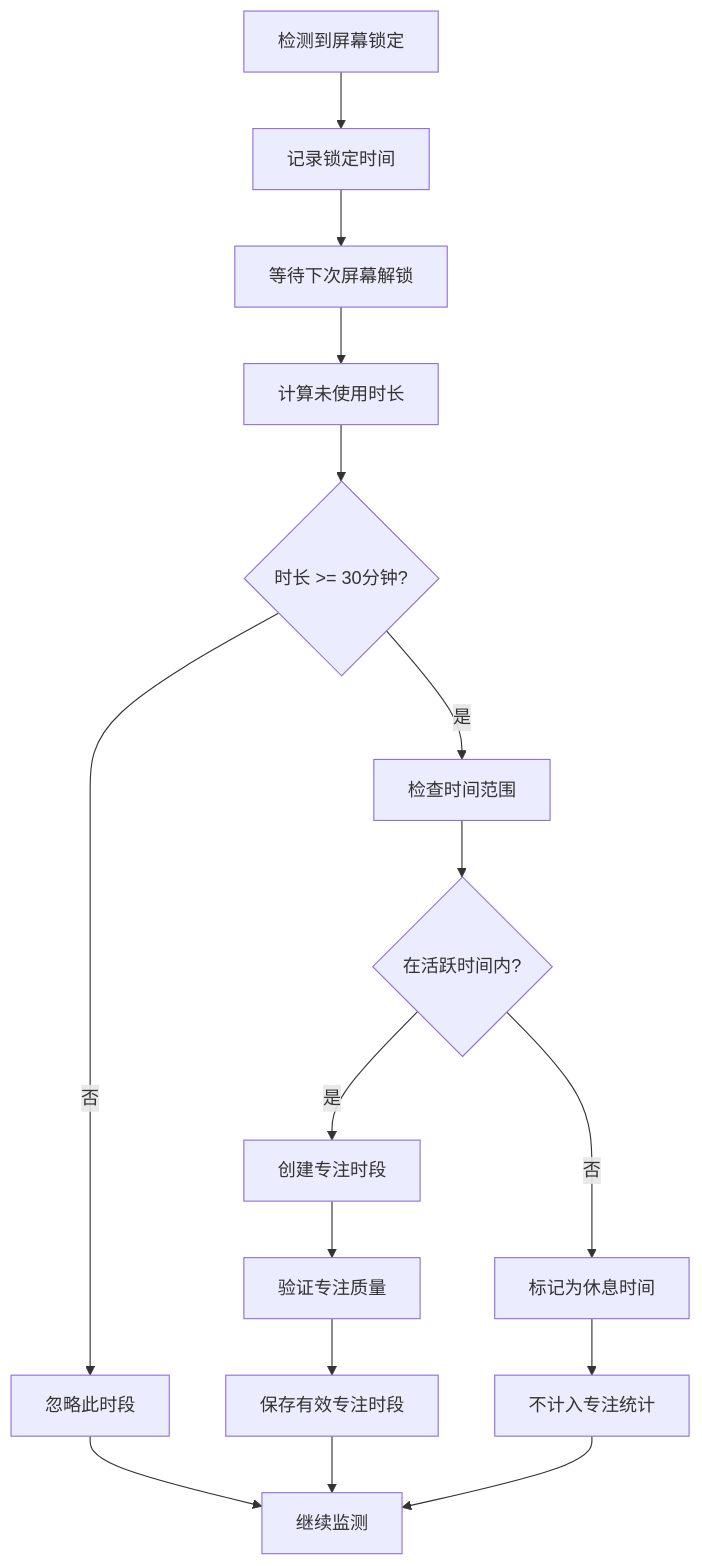
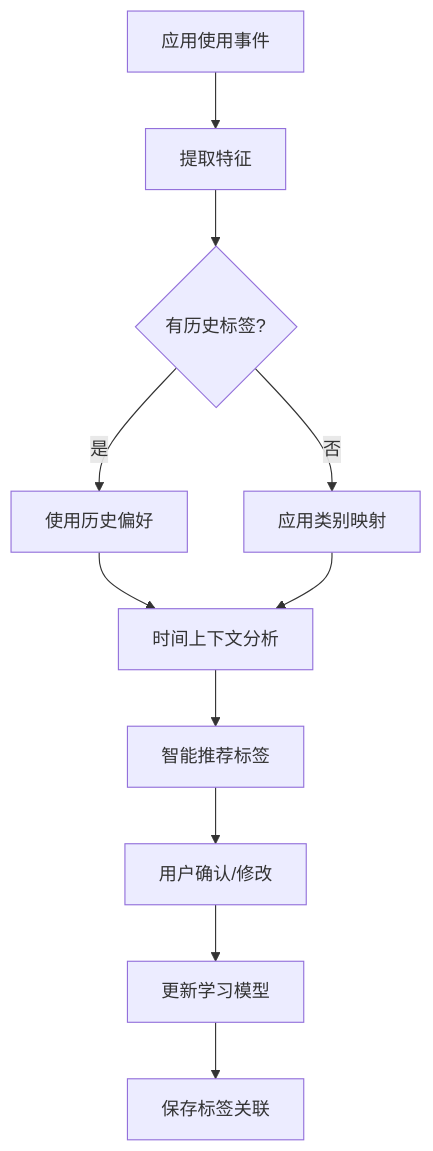
One commit to coppynight/attentionkiro changed the fourth of 4 diagrams in .kiro/specs/focus-tracker-app/design.md. Above: the diagram before and after it, drawn with Mermaid. The commit also changed other lines of this file and 23 other files, not shown here.

````diff
--- a/.kiro/specs/focus-tracker-app/design.md
+++ b/.kiro/specs/focus-tracker-app/design.md
@@ -335,18 +661,13 @@
 ```mermaid
 flowchart TD
-    A[检测到屏幕锁定] --> B[记录锁定时间]
-    B --> C[等待下次屏幕解锁]
-    C --> D[计算未使用时长]
-    D --> E{时长 >= 30分钟?}
-    E -->|否| F[忽略此时段]
-    E -->|是| G[检查时间范围]
-    G --> H{在活跃时间内?}
-    H -->|否| I[标记为休息时间]
-    H -->|是| J[创建专注时段]
-    J --> K[验证专注质量]
-    K --> L[保存有效专注时段]
-    I --> M[不计入专注统计]
-    F --> N[继续监测]
-    L --> N
-    M --> N
+    A[应用使用事件] --> B[提取特征]
+    B --> C{有历史标签?}
+    C -->|是| D[使用历史偏好]
+    C -->|否| E[应用类别映射]
+    D --> F[时间上下文分析]
+    E --> F
+    F --> G[智能推荐标签]
+    G --> H[用户确认/修改]
+    H --> I[更新学习模型]
+    I --> J[保存标签关联]
 ```
````
